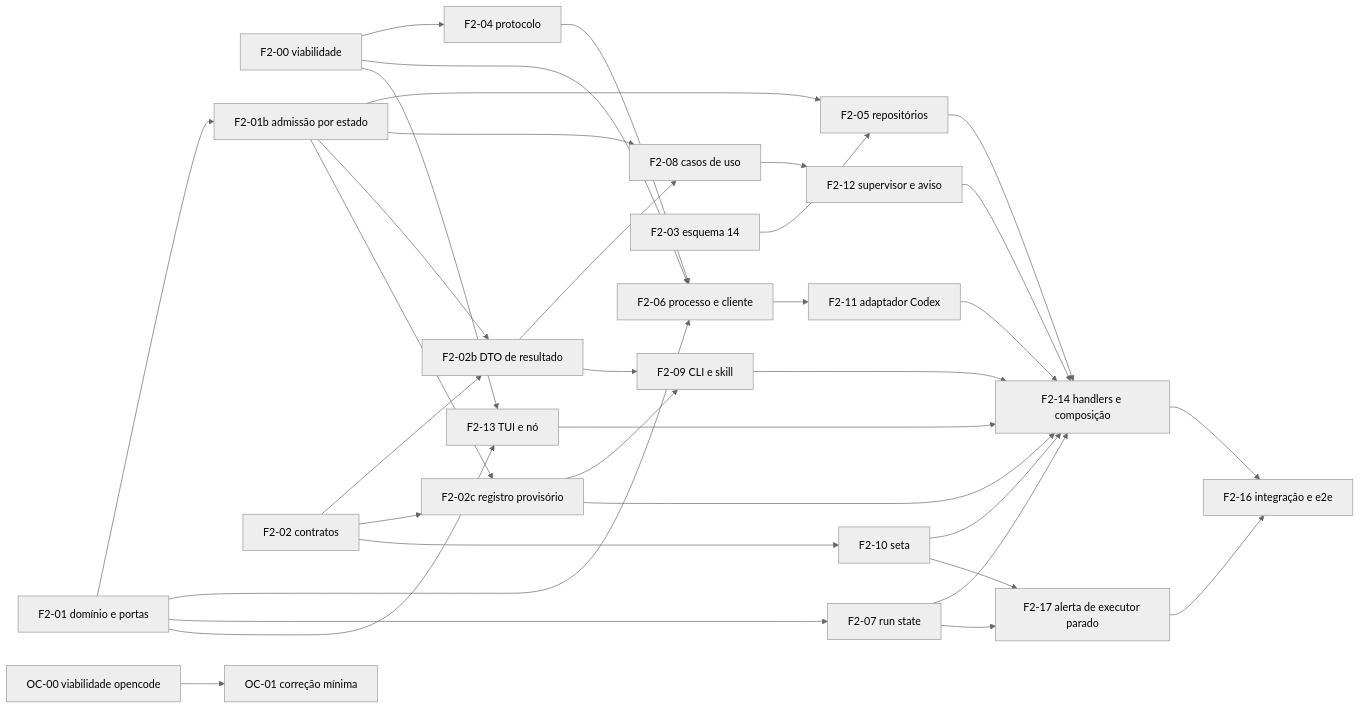
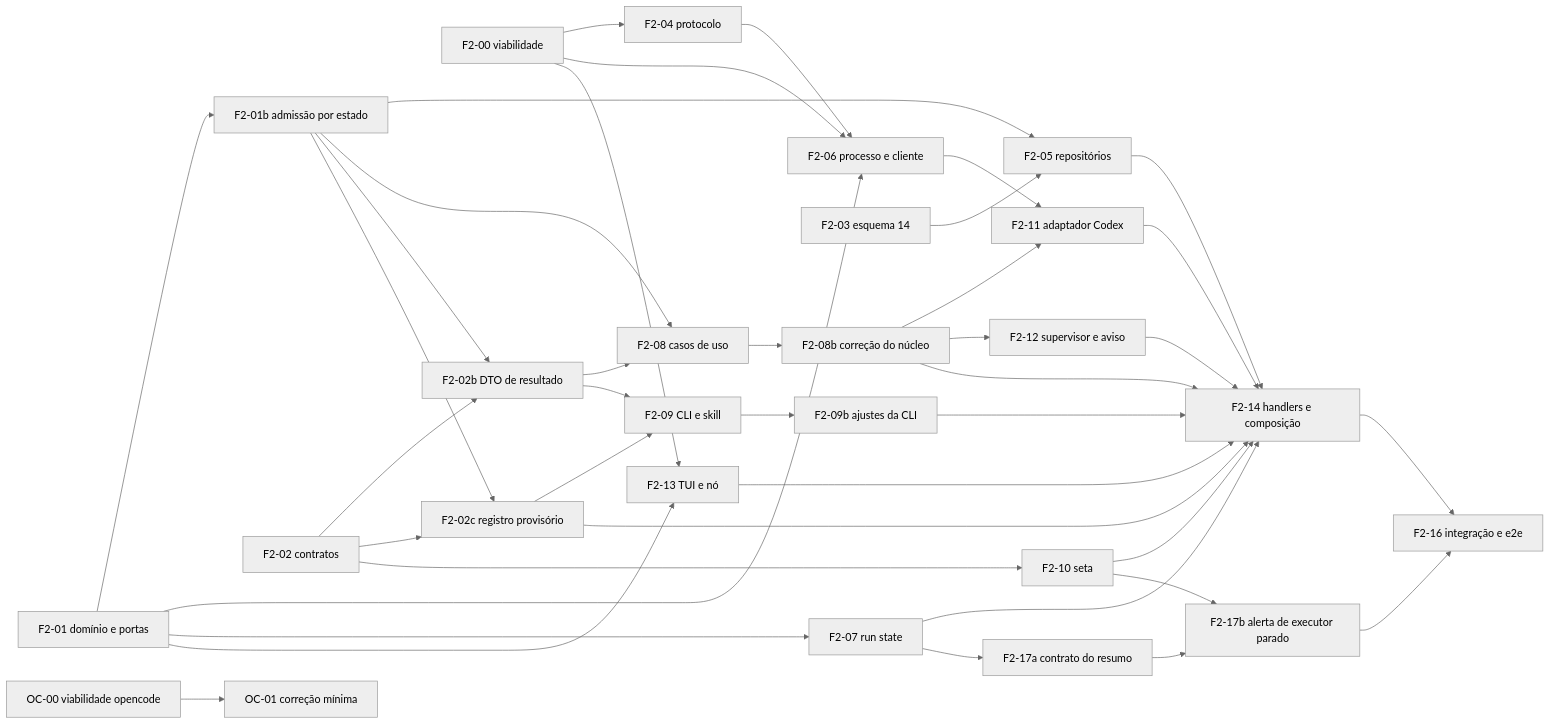
Before and after one commit to nevesbruno/assisto-glimpse: the diagram in docs/architecture/ORCHESTRATION_PHASE2_CARDS.md, drawn with Mermaid. The commit also changed other lines of this file and 5 other files, not shown here.

````diff
--- a/docs/architecture/ORCHESTRATION_PHASE2_CARDS.md
+++ b/docs/architecture/ORCHESTRATION_PHASE2_CARDS.md
@@ -31,38 +31,43 @@
 ```mermaid
 %%{init: {'theme': 'neutral'}}%%
 flowchart LR
   F200[F2-00 viabilidade] --> F204[F2-04 protocolo]
   F200 --> F206[F2-06 processo e cliente]
   F200 --> F213[F2-13 TUI e nó]
   F201[F2-01 domínio e portas] --> F201b[F2-01b admissão por estado]
   F201b --> F205[F2-05 repositórios]
   F201 --> F206
   F201 --> F207[F2-07 run state]
   F201b --> F208[F2-08 casos de uso]
   F201 --> F213
   F202[F2-02 contratos] --> F202b[F2-02b DTO de resultado]
   F202 --> F202c[F2-02c registro provisório]
   F201b --> F202b
   F201b --> F202c
   F202 --> F210[F2-10 seta]
   F203[F2-03 esquema 14] --> F205
   F204 --> F206
   F202b --> F208
   F202b --> F209[F2-09 CLI e skill]
   F202c --> F209
   F206 --> F211[F2-11 adaptador Codex]
-  F208 --> F212[F2-12 supervisor e aviso]
+  F208 --> F208b[F2-08b correção do núcleo]
+  F208b --> F211
+  F208b --> F212[F2-12 supervisor e aviso]
+  F208b --> F214
   F205 --> F214[F2-14 handlers e composição]
   F207 --> F214
-  F209 --> F214
+  F209 --> F209b[F2-09b ajustes da CLI]
+  F209b --> F214
   F210 --> F214
   F211 --> F214
   F212 --> F214
   F213 --> F214
   F202c --> F214
-  F207 --> F217[F2-17 alerta de executor parado]
-  F210 --> F217
+  F207 --> F217a[F2-17a contrato do resumo]
+  F217a --> F217b[F2-17b alerta de executor parado]
+  F210 --> F217b
   F214 --> F216[F2-16 integração e e2e]
-  F217 --> F216
+  F217b --> F216
   OC00[OC-00 viabilidade opencode] --> OC01[OC-01 correção mínima]
 ```
````
